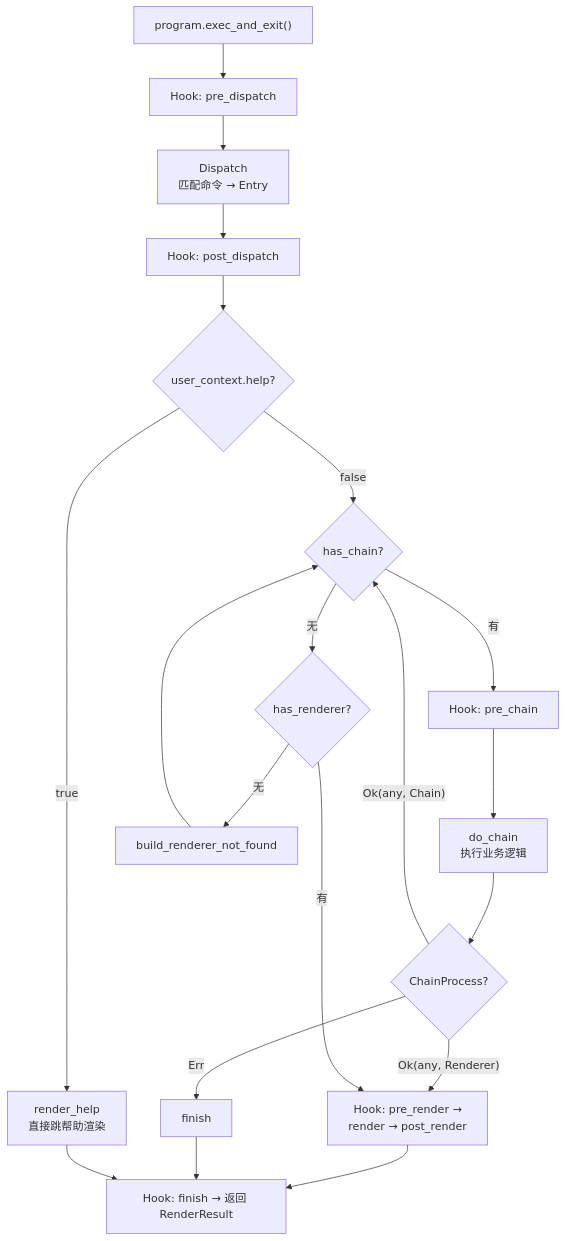
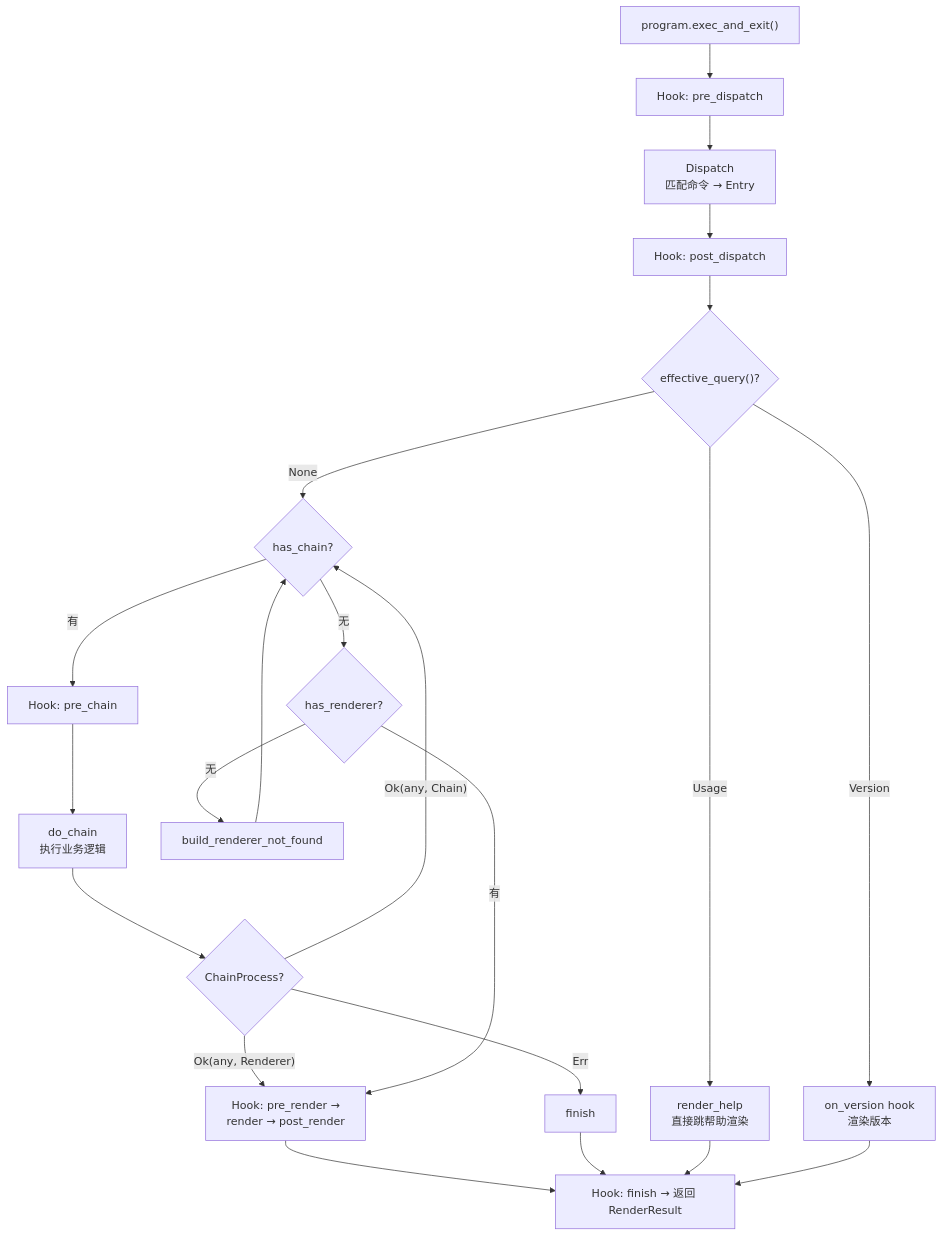
The first of 3 diagrams in docs/_zh_CN/pages/concepts/1-the-pipeline.md (mingling-rs/mingling), drawn with Mermaid before and after one commit. The commit also changed other lines of this file and 24 other files, not shown here.

First line of the commit message:
feat(setup)!: add version/verbose flags and query mode

````diff
--- a/docs/_zh_CN/pages/concepts/1-the-pipeline.md
+++ b/docs/_zh_CN/pages/concepts/1-the-pipeline.md
@@ -10,22 +10,24 @@
 ```mermaid
 graph TD
     A["program.exec_and_exit()"] --> B["Hook: pre_dispatch"]
     B --> C["Dispatch<br/>匹配命令 → Entry"]
     C --> D["Hook: post_dispatch"]
-    D --> E{"user_context.help?"}
-    E -->|"true"| F["render_help<br/>直接跳帮助渲染"]
-    E -->|"false"| G{"has_chain?"}
+    D --> E{"effective_query()?"}
+    E -->|"Usage"| F["render_help<br/>直接跳帮助渲染"]
+    E -->|"Version"| F2["on_version hook<br/>渲染版本"]
+    E -->|"None"| G{"has_chain?"}
     G -->|"有"| H["Hook: pre_chain"]
     H --> I["do_chain<br/>执行业务逻辑"]
     I --> J{"ChainProcess?"}
     J -->|"Ok(any, Renderer)"| K["Hook: pre_render →<br/>render → post_render"]
     J -->|"Ok(any, Chain)"| G
     J -->|"Err"| L["finish"]
     G -->|"无"| M{"has_renderer?"}
     M -->|"有"| K
     M -->|"无"| N["build_renderer_not_found"]
     N --> G
     K --> O["Hook: finish → 返回 RenderResult"]
     L --> O
     F --> O
+    F2 --> O
 ```
````
